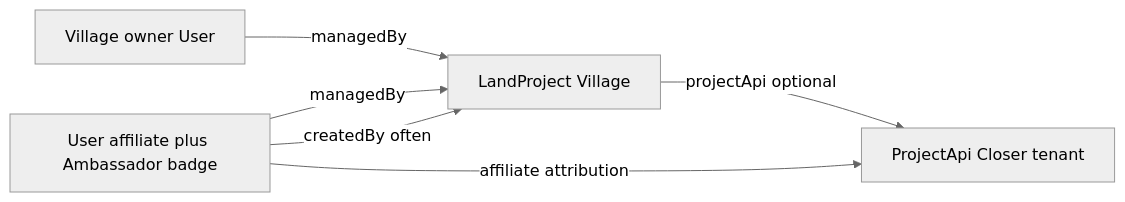
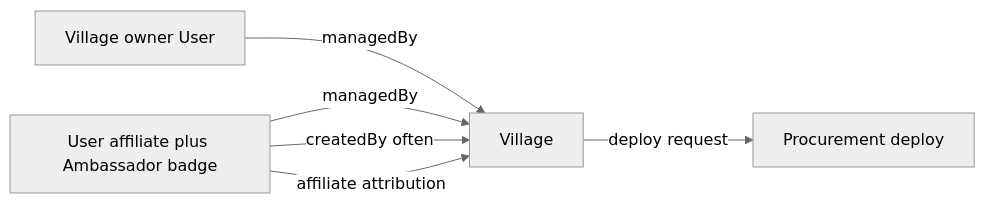
One commit to closerdao/closer-ui changed the diagram in apps/closer/data/ambassador-program-requirements.md. Above: the diagram before and after it, drawn with Mermaid (neutral theme). The commit also changed other lines of this file and 28 other files, not shown here.

First line of the commit message:
Rename LandProject to Village; drop ProjectApi for Procurement

````diff
--- a/apps/closer/data/ambassador-program-requirements.md
+++ b/apps/closer/data/ambassador-program-requirements.md
@@ -29,12 +27,12 @@
 ```mermaid
 flowchart LR
   Amb[User affiliate plus Ambassador badge]
-  LP[LandProject Village]
-  PA[ProjectApi Closer tenant]
+  V[Village]
   Own[Village owner User]
-  Amb -->|managedBy| LP
-  Own -->|managedBy| LP
-  Amb -->|createdBy often| LP
-  LP -->|projectApi optional| PA
-  Amb -->|affiliate attribution| PA
+  Proc[Procurement deploy]
+  Amb -->|managedBy| V
+  Own -->|managedBy| V
+  Amb -->|createdBy often| V
+  V -->|deploy request| Proc
+  Amb -->|affiliate attribution| V
 ```
````
